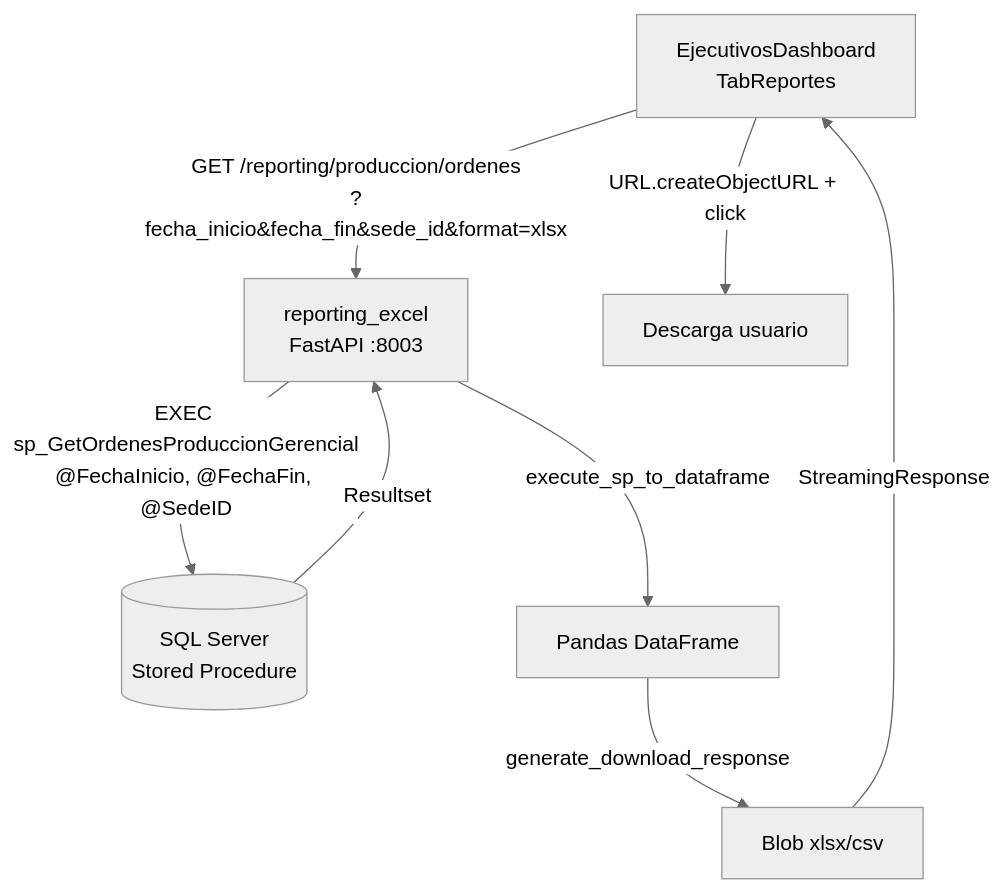
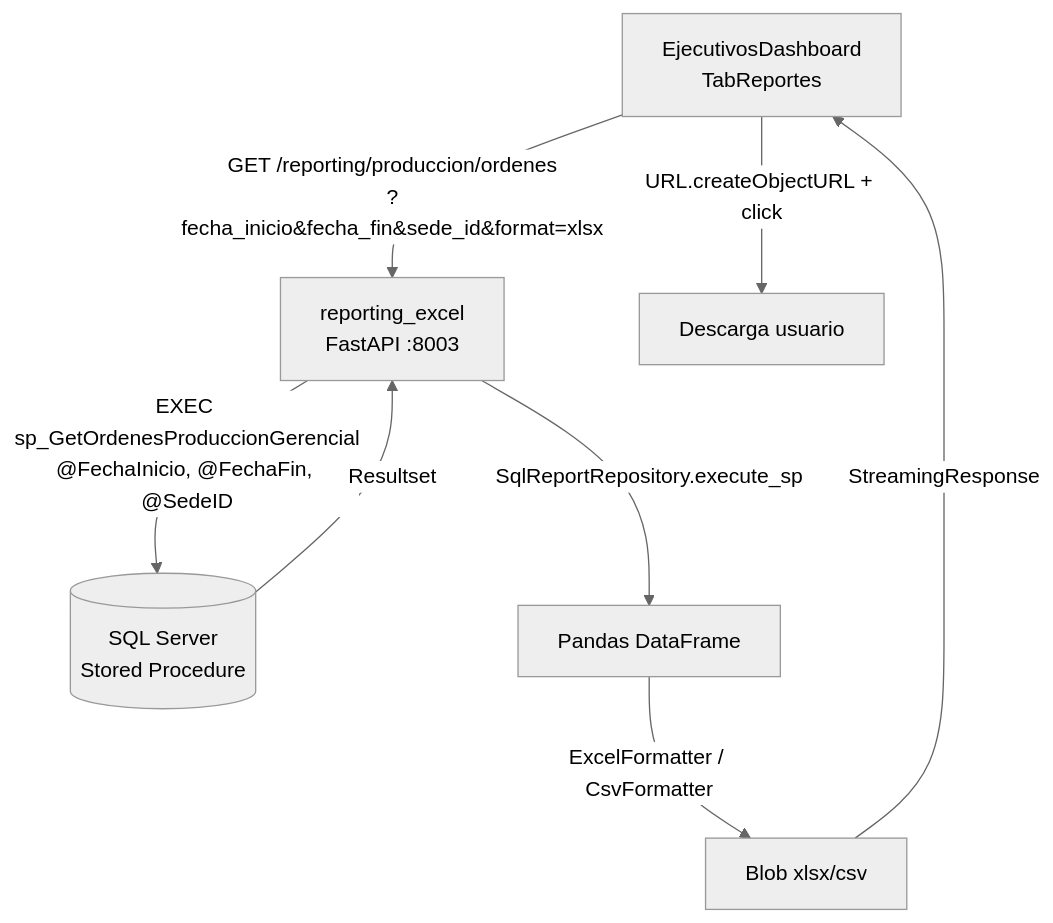
One commit to DevBrandonArellano/TexCore changed the first of 4 diagrams in documentation/modelo_datos_proceso.md. Above: the diagram before and after it, drawn with Mermaid (neutral theme). The commit also changed other lines of this file and 57 other files, not shown here.

````diff
--- a/documentation/modelo_datos_proceso.md
+++ b/documentation/modelo_datos_proceso.md
@@ -77,10 +77,10 @@
 ```mermaid
 graph TD
     FE[EjecutivosDashboard\nTabReportes] -->|GET /reporting/produccion/ordenes\n?fecha_inicio&fecha_fin&sede_id&format=xlsx| RE[reporting_excel\nFastAPI :8003]
     RE -->|EXEC sp_GetOrdenesProduccionGerencial\n@FechaInicio, @FechaFin, @SedeID| SP[(SQL Server\nStored Procedure)]
     SP -->|Resultset| RE
-    RE -->|execute_sp_to_dataframe| PD[Pandas DataFrame]
-    PD -->|generate_download_response| BLOB[Blob xlsx/csv]
+    RE -->|SqlReportRepository.execute_sp| PD[Pandas DataFrame]
+    PD -->|ExcelFormatter / CsvFormatter| BLOB[Blob xlsx/csv]
     BLOB -->|StreamingResponse| FE
     FE -->|URL.createObjectURL + click| User[Descarga usuario]
 ```
````
